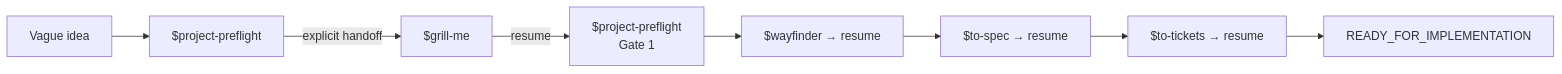
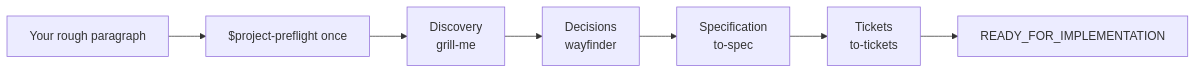
Before and after one commit to NaCr05/project-preflight: the diagram in README.md, drawn with Mermaid. The commit also changed other lines of this file and 38 other files, not shown here.

````diff
--- a/README.md
+++ b/README.md
@@ -11,10 +11,9 @@
 ```mermaid
 flowchart LR
-    A["Vague idea"] --> P1["$project-preflight"]
-    P1 -->|"explicit handoff"| B["$grill-me"]
-    B -->|"resume"| P2["$project-preflight<br/>Gate 1"]
-    P2 --> C["$wayfinder → resume"]
-    C --> D["$to-spec → resume"]
-    D --> E["$to-tickets → resume"]
-    E --> F["READY_FOR_IMPLEMENTATION"]
+    A["Your rough paragraph"] --> P["$project-preflight once"]
+    P --> G["Discovery<br/>grill-me"]
+    G --> W["Decisions<br/>wayfinder"]
+    W --> S["Specification<br/>to-spec"]
+    S --> T["Tickets<br/>to-tickets"]
+    T --> R["READY_FOR_IMPLEMENTATION"]
 ```
````
